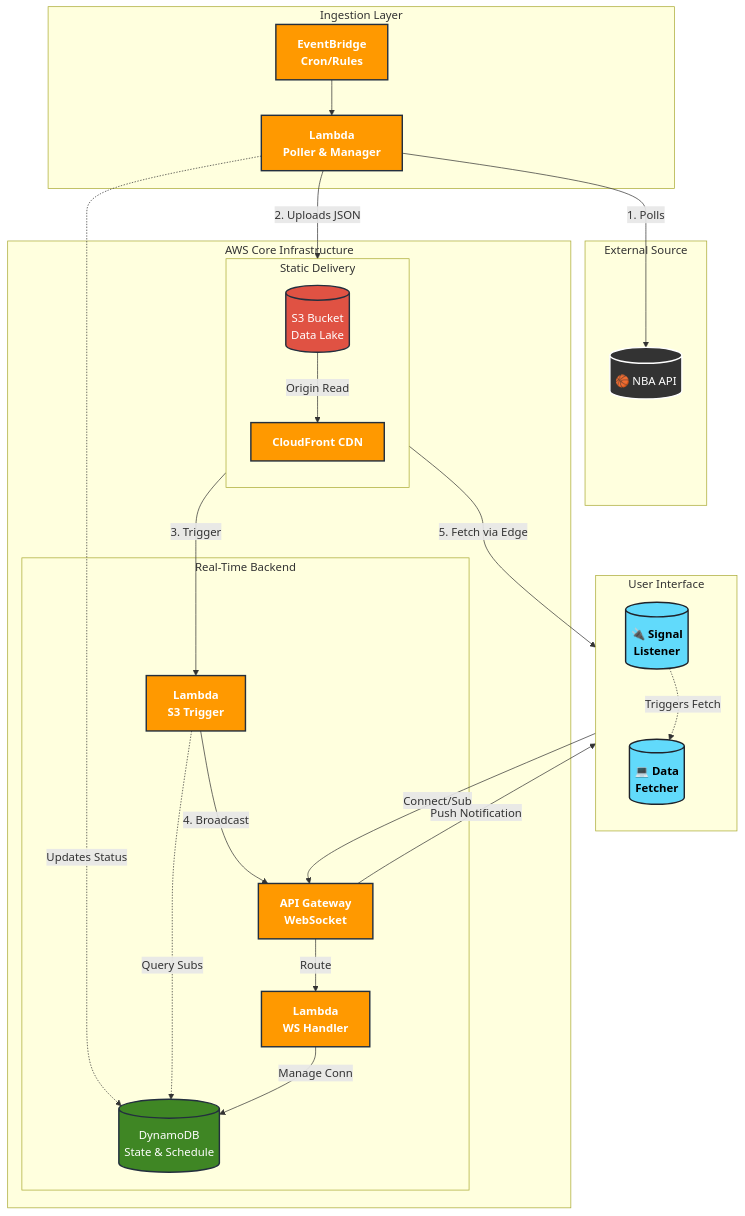
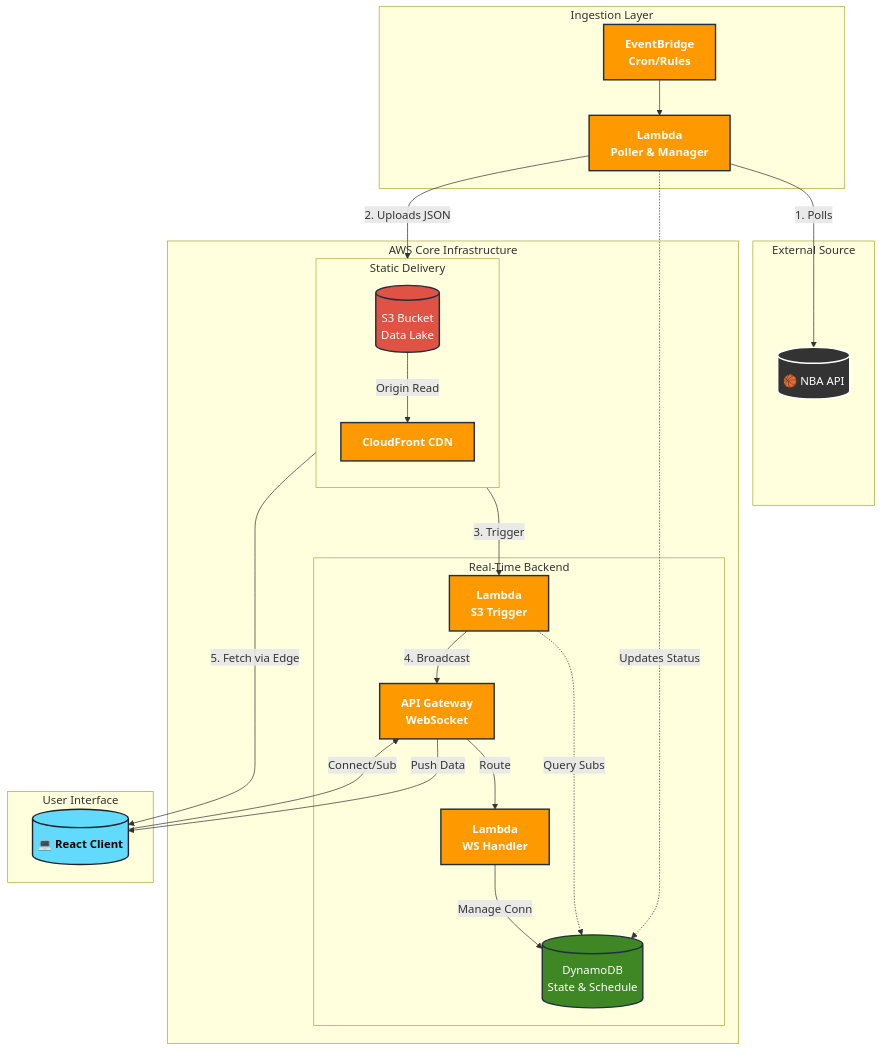
The diagram in README.md (eaganro/MinutesMap), drawn with Mermaid before and after one commit.

Commit message:
Fix architecture diagram.

````diff
--- a/README.md
+++ b/README.md
@@ -19,72 +19,63 @@
 ```mermaid
 flowchart TD
     %% --- Styling ---
     classDef aws fill:#FF9900,stroke:#232F3E,stroke-width:2px,color:white,font-weight:bold;
     classDef storage fill:#E05243,stroke:#232F3E,stroke-width:2px,color:white;
     classDef db fill:#3F8624,stroke:#232F3E,stroke-width:2px,color:white;
     classDef client fill:#61DAFB,stroke:#20232a,stroke-width:2px,color:black,font-weight:bold;
     classDef ext fill:#333,stroke:#fff,stroke-width:2px,color:white;
 
     %% --- Nodes ---
     subgraph External [External Source]
         NBA[("🏀 NBA API")]:::ext
     end
 
     subgraph Ingestion [Ingestion Layer]
         EB[EventBridge<br/>Cron/Rules]:::aws
         L_Poller[Lambda<br/>Poller & Manager]:::aws
     end
 
     subgraph Core [AWS Core Infrastructure]
-        %% Group Static Assets
+        %% We group S3 and CF together to force them to the right side
         subgraph Static [Static Delivery]
             direction TB
             S3[("S3 Bucket<br/>Data Lake")]:::storage
             CF[CloudFront CDN]:::aws
         end
 
-        %% Group Real-Time Logic
         subgraph RealTime [Real-Time Backend]
             L_Event[Lambda<br/>S3 Trigger]:::aws
             L_WS[Lambda<br/>WS Handler]:::aws
             DDB[("DynamoDB<br/>State & Schedule")]:::db
             APIG[API Gateway<br/>WebSocket]:::aws
         end
     end
 
     subgraph Frontend [User Interface]
-        direction TB
-        %% SPLIT THE CLIENT: This forces the arrows to distinct targets
-        Client_Signal[("🔌 Signal<br/>Listener")]:::client
-        Client_View[("💻 Data<br/>Fetcher")]:::client
-        
-        %% Invisible link to keep them stacked nicely
-        Client_Signal ~~~ Client_View
+        Browser[("💻 React Client")]:::client
     end
 
     %% --- Connections ---
 
-    %% 1. Ingestion
+    %% 1. Ingestion Flow (Top to Bottom)
     EB --> L_Poller
     L_Poller -- 1. Polls --> NBA
     L_Poller -- 2. Uploads JSON --> S3
     L_Poller -. Updates Status .-> DDB
 
-    %% 2. Notification Flow (Points to SIGNAL node)
+    %% 2. Notification Flow (Left Side)
     S3 -- 3. Trigger --> L_Event
     L_Event -. Query Subs .-> DDB
     L_Event -- 4. Broadcast --> APIG
-    APIG -- Push Notification --> Client_Signal
+    APIG -- Push Data --> Browser
 
-    %% 3. Static Data Flow (Points to DATA/VIEW node)
+    %% 3. Static Data Flow (Right Side)
+    %% CHANGED: We model this as Data Flow (S3 -> CF) to avoid the upward arrow crossing
     S3 -- Origin Read --> CF
-    CF -- 5. Fetch via Edge --> Client_View
+    CF -- 5. Fetch via Edge --> Browser
 
-    %% 4. Client Internal Logic (Optional: Shows the reaction)
-    Client_Signal -. Triggers Fetch .-> Client_View
-
-    %% 5. WebSocket Connection (Outgoing)
-    Client_Signal -- Connect/Sub --> APIG
+    %% 4. WebSocket Connection (Bottom Up - inevitable, but cleaner now)
+    Browser -- Connect/Sub --> APIG
     APIG -- Route --> L_WS
     L_WS -- Manage Conn --> DDB
 ```
````
